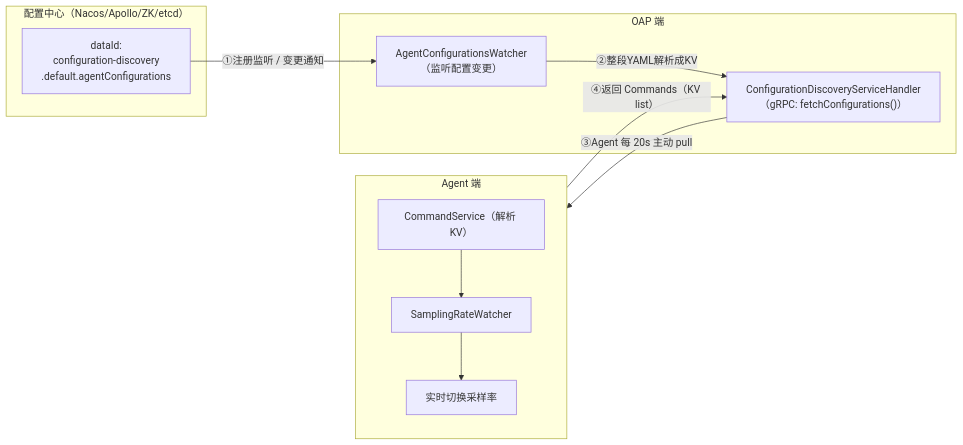
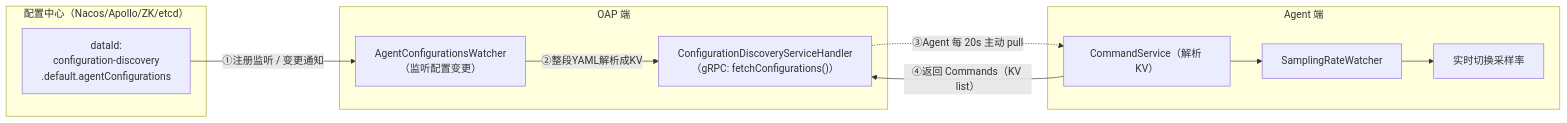
Before and after one commit to raoooooooo/java_knowledge: the fourth of 7 diagrams in 10-监控与可观测性/20-SkyWalking-高级特性.md, drawn with Mermaid. The commit also changed other lines of this file and 2 other files, not shown here.

First line of the commit message:
fix(observability): 修复SkyWalking章节mermaid图表渲染兼容性问题

````diff
--- a/10-监控与可观测性/20-SkyWalking-高级特性.md
+++ b/10-监控与可观测性/20-SkyWalking-高级特性.md
@@ -155,23 +156,23 @@
 ```mermaid
 graph LR
     subgraph config_center["配置中心（Nacos/Apollo/ZK/etcd）"]
         config_data["dataId:<br/>configuration-discovery<br/>.default.agentConfigurations"]
     end
 
     subgraph oap_side["OAP 端"]
         watcher["AgentConfigurationsWatcher<br/>（监听配置变更）"]
         handler["ConfigurationDiscoveryServiceHandler<br/>（gRPC: fetchConfigurations()）"]
-        watcher -->|"②整段YAML解析成KV"| handler
+        watcher -->|②整段YAML解析成KV| handler
     end
 
     subgraph agent_side["Agent 端"]
         cmd_service["CommandService（解析 KV）"]
         sw_watcher["SamplingRateWatcher"]
         result["实时切换采样率"]
         cmd_service --> sw_watcher --> result
     end
 
-    config_data -- "①注册监听 / 变更通知" --> watcher
-    handler -- "③Agent 每 20s 主动 pull" --> agent_side
-    agent_side -- "④返回 Commands（KV list）" --> handler
+    config_data -->|①注册监听 / 变更通知| watcher
+    handler -.->|③Agent 每 20s 主动 pull| cmd_service
+    cmd_service -->|④返回 Commands（KV list）| handler
 ```
````
